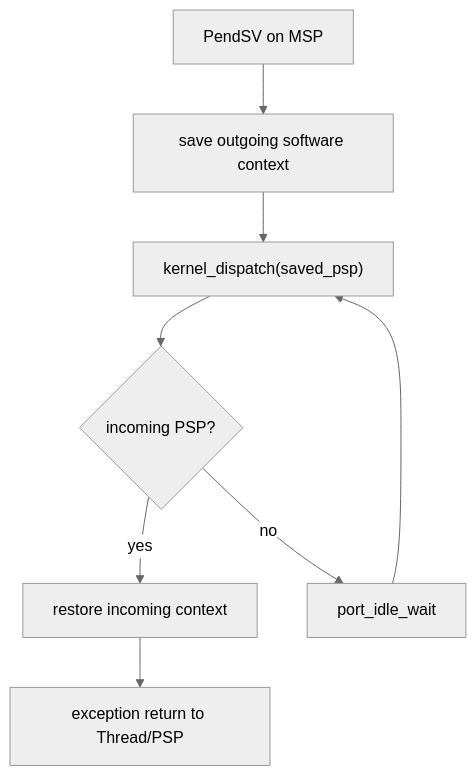
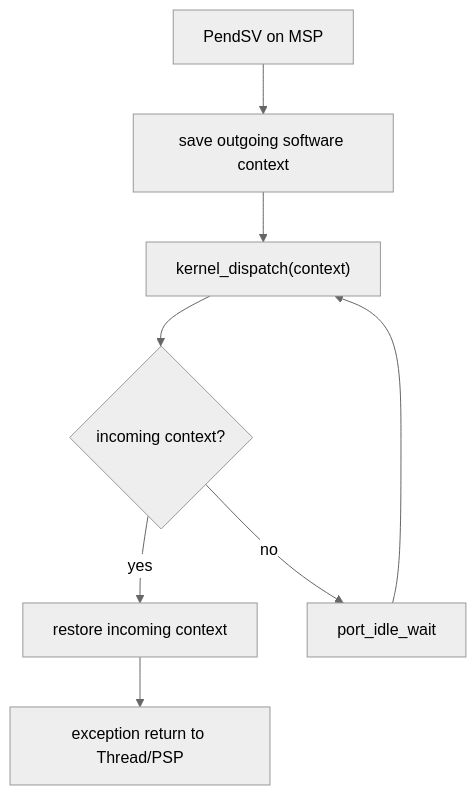
The diagram in architecture/contracts/C4-context-switch-port.md (tumblewhead/arghtos), drawn with Mermaid (neutral theme) before and after one commit. The commit also changed other lines of this file, not shown here.

````diff
--- a/architecture/contracts/C4-context-switch-port.md
+++ b/architecture/contracts/C4-context-switch-port.md
@@ -148,10 +156,10 @@
 ```mermaid
 flowchart TD
   P["PendSV on MSP"] --> SAVE["save outgoing software context"]
-  SAVE --> KD["kernel_dispatch(saved_psp)"]
-  KD --> Q{"incoming PSP?"}
+  SAVE --> KD["kernel_dispatch(context)"]
+  KD --> Q{"incoming context?"}
   Q -- yes --> REST["restore incoming context"]
   REST --> RET["exception return to Thread/PSP"]
   Q -- no --> IDLE["port_idle_wait"]
   IDLE --> KD
 ```
````
